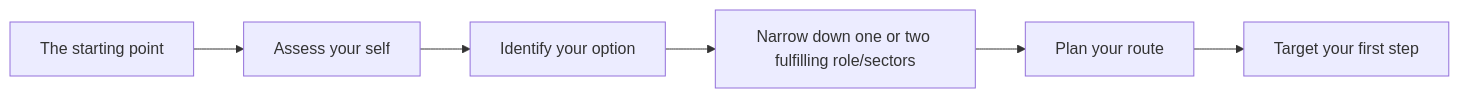
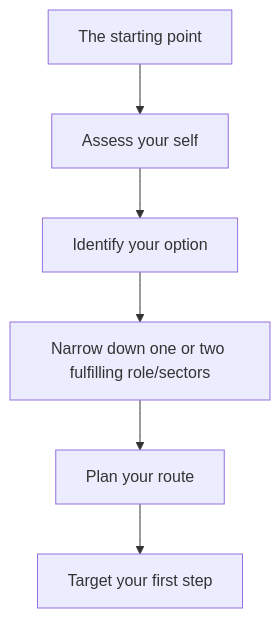
Before and after one commit to arulhuw/pd: the third of 3 diagrams in README.md, drawn with Mermaid. The commit also changed other lines of this file, not shown here.

````diff
--- a/README.md
+++ b/README.md
@@ -102,9 +124,9 @@
 ```mermaid
-flowchart LR
+flowchart 
 
 A[The starting point] --> B[Assess your self]
 B --> C[Identify your option ]
 C --> D[Narrow down one or two fulfilling role/sectors]
 D --> E[Plan your route]
 E --> F[Target your first step]
 ```
````
